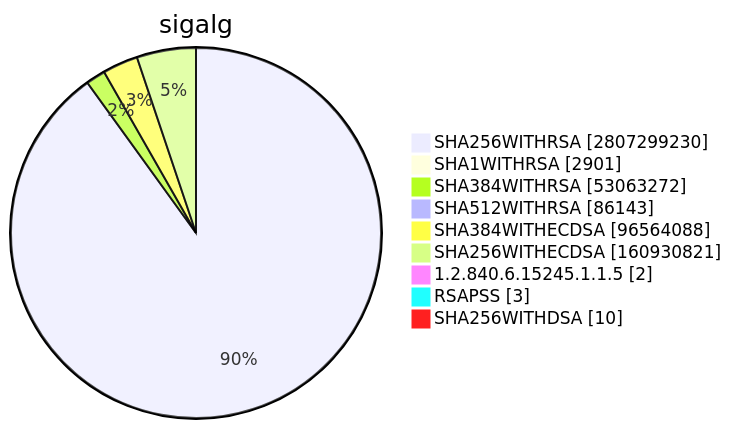
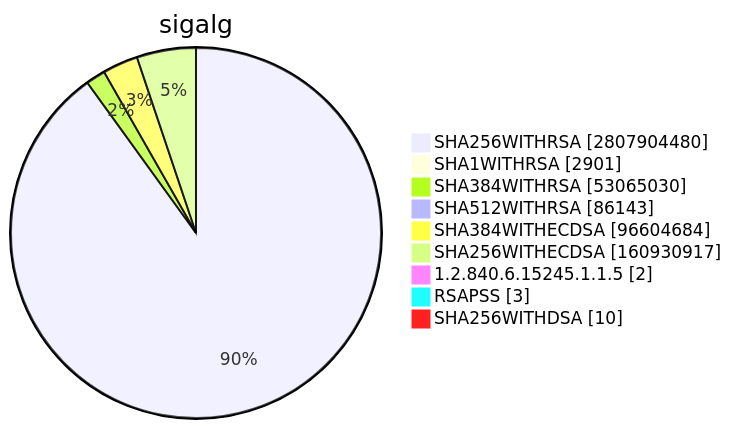
One commit to christiankrug/ctmonitor_visualization changed diagram 15 of 15 in TOTAL/README.md. Above: the diagram before and after it, drawn with Mermaid. The commit also changed other lines of this file, not shown here.

````diff
--- a/TOTAL/README.md
+++ b/TOTAL/README.md
@@ -6207,13 +6207,13 @@
 ```mermaid
 pie showData
 title sigalg
-"SHA256WITHRSA" :2807299230
+"SHA256WITHRSA" :2807904480
 "SHA1WITHRSA" :2901
-"SHA384WITHRSA" :53063272
+"SHA384WITHRSA" :53065030
 "SHA512WITHRSA" :86143
-"SHA384WITHECDSA" :96564088
-"SHA256WITHECDSA" :160930821
+"SHA384WITHECDSA" :96604684
+"SHA256WITHECDSA" :160930917
 "1.2.840.6.15245.1.1.5" :2
 "RSAPSS" :3
 "SHA256WITHDSA" :10
 ```
````
